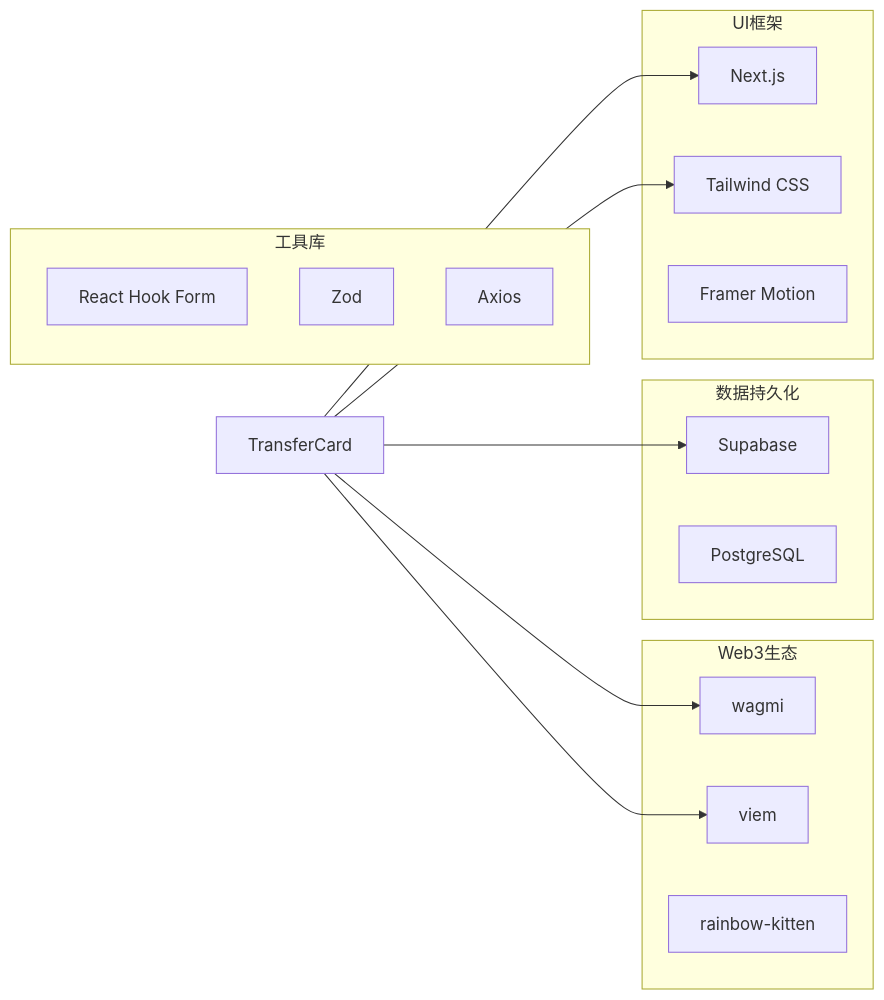
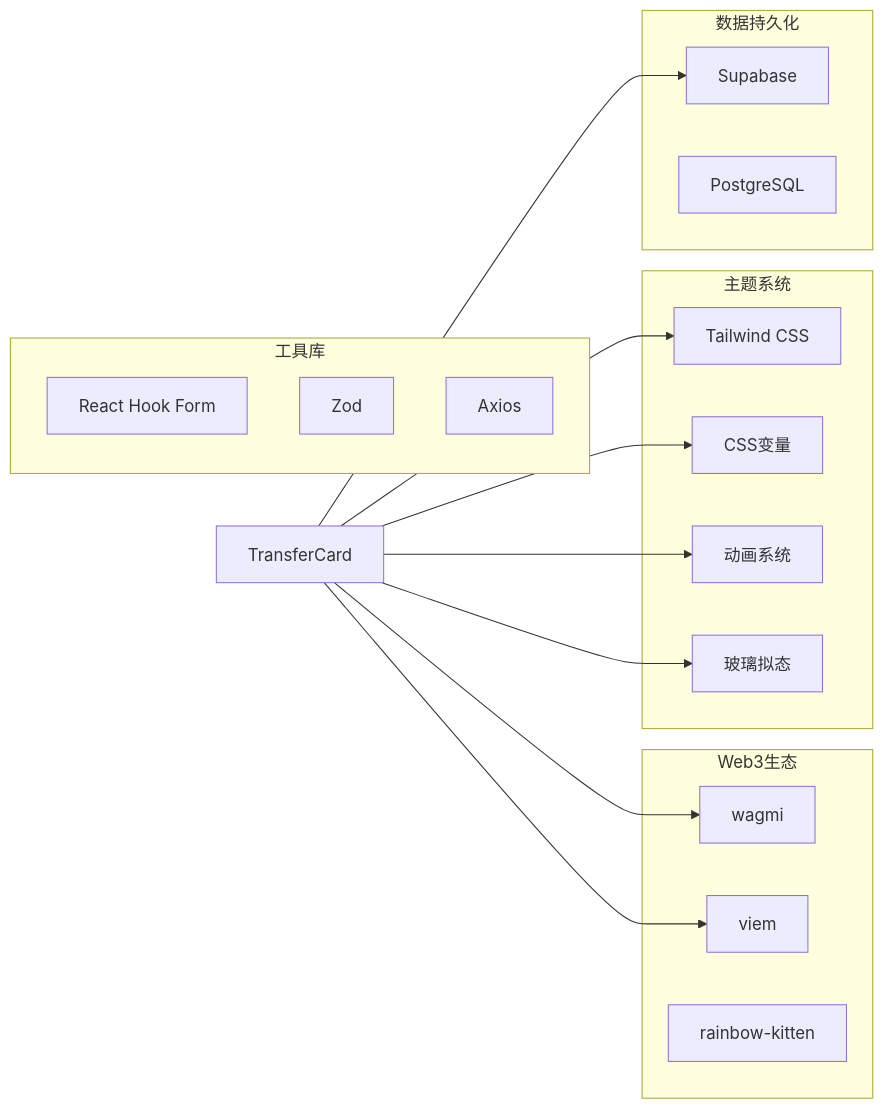
Before and after one commit to CryptoLinxu/Web3-AI-Agent: diagram 16 of 18 in .qoder/repowiki/zh/content/项目概述/整体架构概览/Web应用程序/TransferCard转账卡片组件.md, drawn with Mermaid. The commit also changed other lines of this file and 9 other files, not shown here.

````diff
--- a/.qoder/repowiki/zh/content/项目概述/整体架构概览/Web应用程序/TransferCard转账卡片组件.md
+++ b/.qoder/repowiki/zh/content/项目概述/整体架构概览/Web应用程序/TransferCard转账卡片组件.md
@@ -462,27 +612,30 @@
 ```mermaid
 graph LR
 subgraph "Web3生态"
 Wagmi[wagmi]
 Viem[viem]
 RainbowKit[rainbow-kitten]
 end
+subgraph "主题系统"
+TailwindCSS[Tailwind CSS]
+CSSVars[CSS变量]
+Animations[动画系统]
+GlassEffect[玻璃拟态]
+end
 subgraph "数据持久化"
 Supabase[Supabase]
 Postgres[PostgreSQL]
-end
-subgraph "UI框架"
-NextJS[Next.js]
-TailwindCSS[Tailwind CSS]
-FramerMotion[Framer Motion]
 end
 subgraph "工具库"
 ReactHookForm[React Hook Form]
 Zod[Zod]
 Axios[Axios]
 end
 TransferCard --> Wagmi
 TransferCard --> Viem
 TransferCard --> Supabase
-TransferCard --> NextJS
 TransferCard --> TailwindCSS
+TransferCard --> CSSVars
+TransferCard --> Animations
+TransferCard --> GlassEffect
 ```
````
